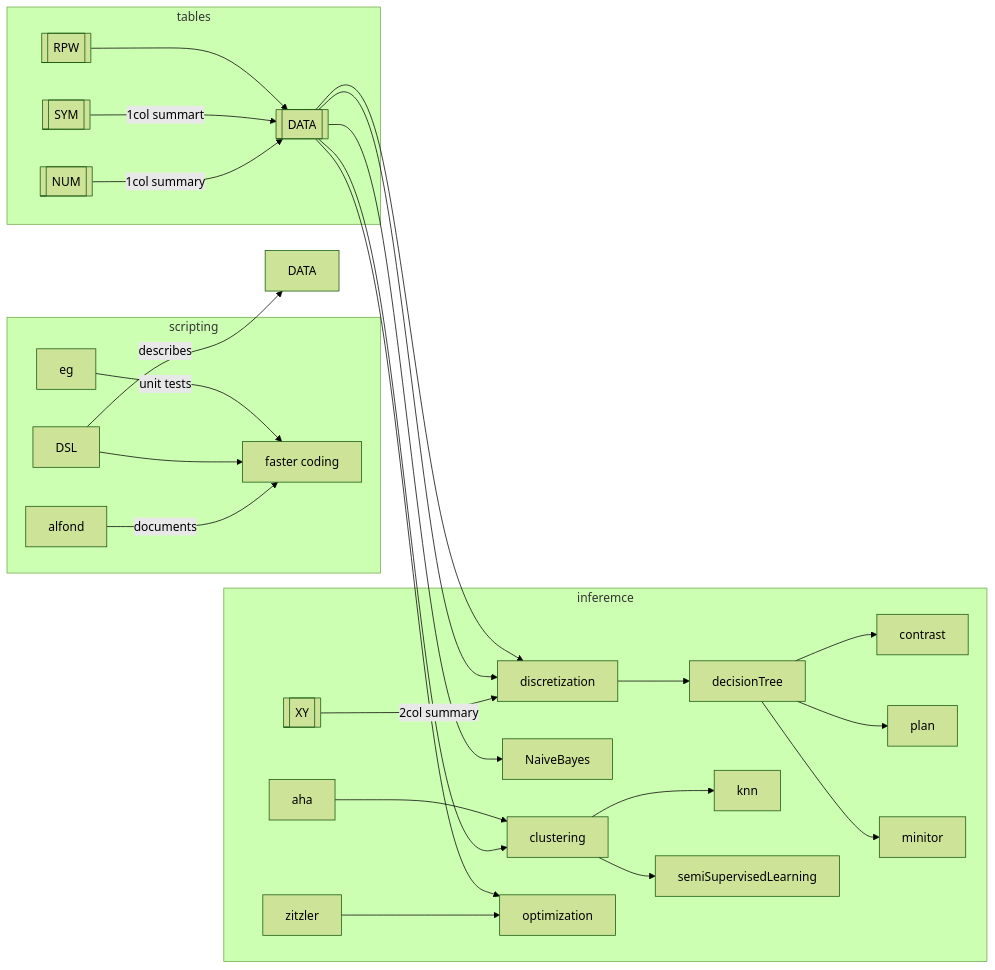
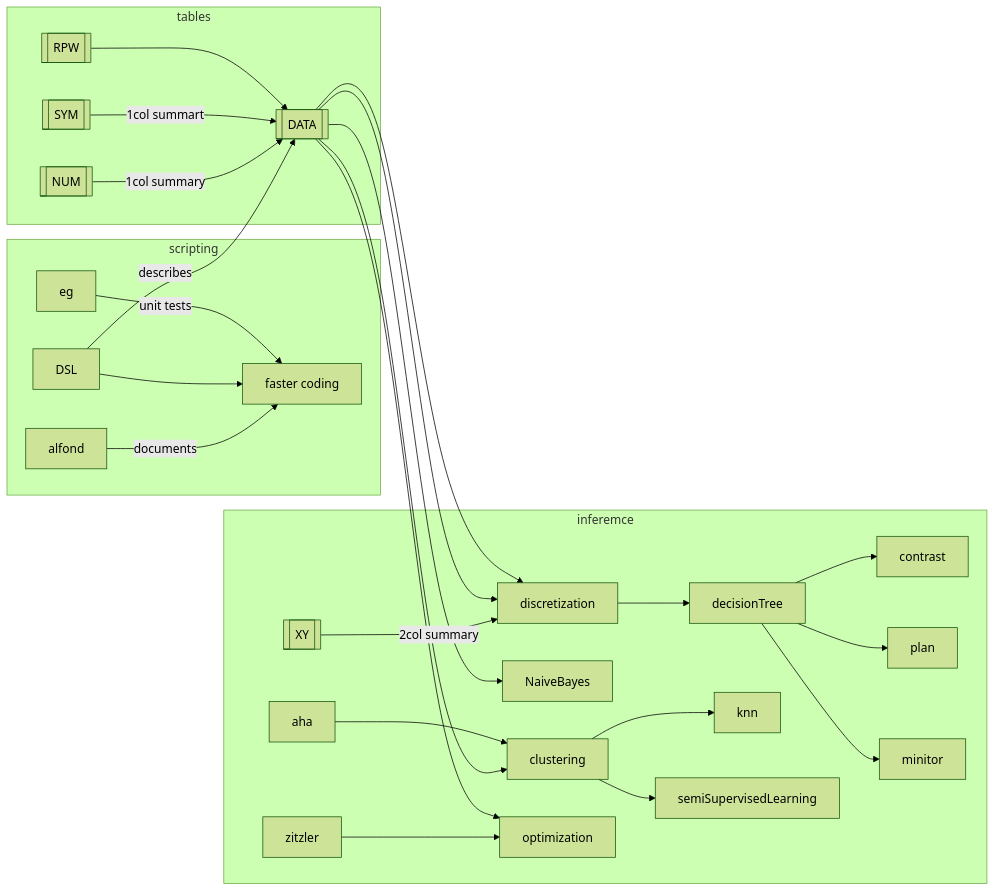
Before and after one commit to timm/tested: the diagram in README.md, drawn with Mermaid (forest theme).

````diff
--- a/README.md
+++ b/README.md
@@ -24,38 +24,38 @@
 ```mermaid
 graph LR;
     subgraph scripting
        C[faster coding];
        alfond-- documents --> C;
        DSL-->C;
        eg-- unit tests -->C;
     end
-       DSL-- describes -->DATA;
+       DSL-- describes -->D;
 
     subgraph tables
       R[[RPW]];
       D[[DATA]];
       S[[SYM]];
       N[[NUM]];
   N-- 1col summary -->D;
 	   S-- 1col summart -->D;
 	    R-->D;
 
     end
 
     subgraph inferemce
       XY[[XY]];
 	    XY-- 2col summary -->discretization -->decisionTree;
 	  	    D-->discretization;
 	  	    D-->NaiveBayes;
 	  	    D-->clustering;
 	    aha-->clustering;
 	    clustering-->knn;
 	    clustering-->semiSupervisedLearning;
 	    zitzler-->optimization;
 	    D-->optimization;
 	    D-->discretization 
 	    decisionTree-->contrast;
 	    decisionTree-->plan;
 	    decisionTree-->minitor;
     end
 ```
````
